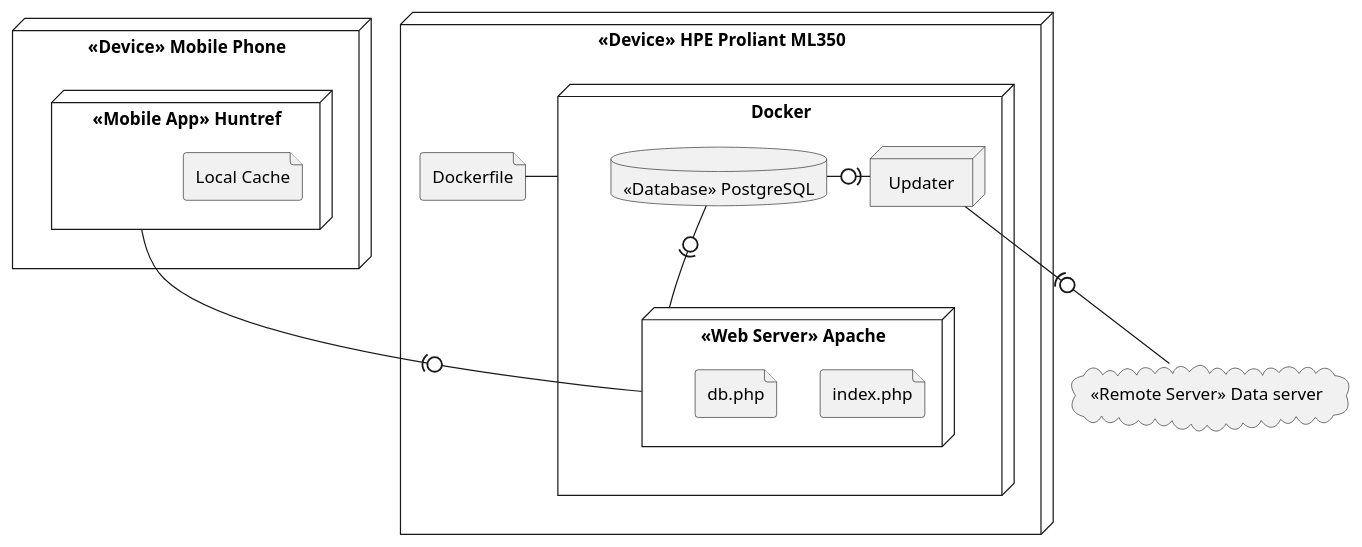
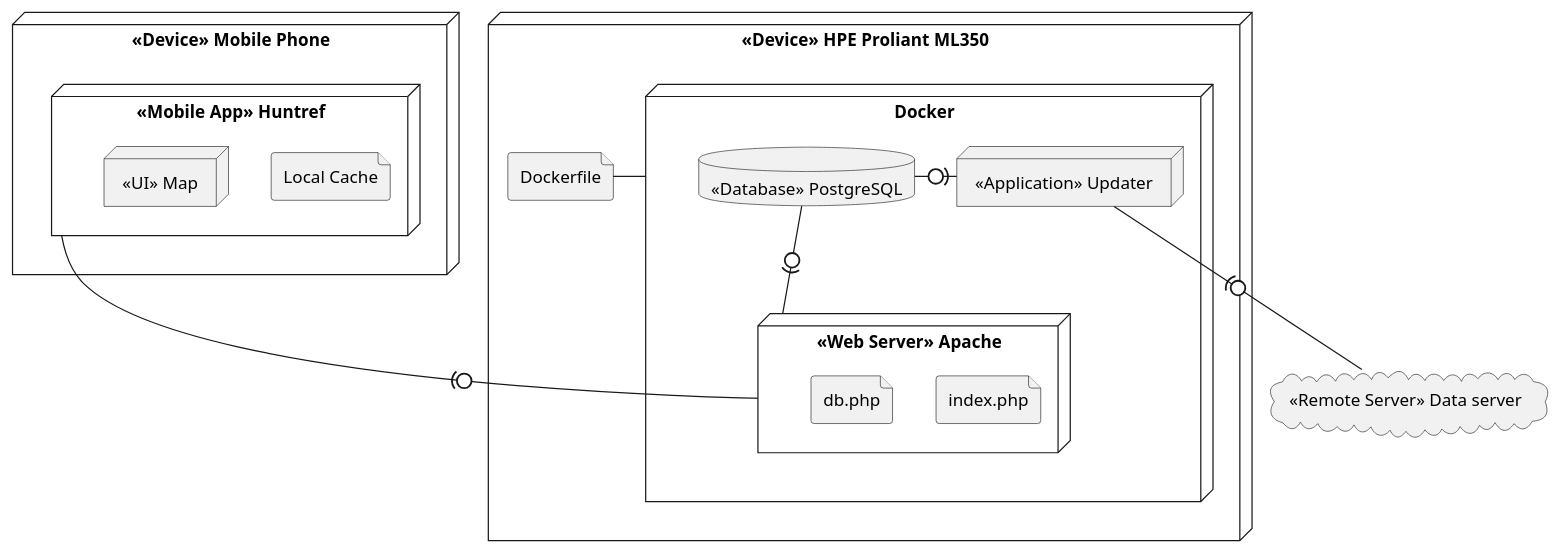
One commit to h0dgep0dge/itsd6.349 changed the diagram in Deployment Diagram.puml. Above: the diagram before and after it, drawn with PlantUML. The commit also changed 3 other files, not shown here.

Commit message:
added activity diagram

```diff
--- a/Deployment Diagram.puml
+++ b/Deployment Diagram.puml
@@ -1,32 +1,31 @@
-@startuml
+@startuml Deployment Diagram
 
 node "<<Device>> HPE Proliant ML350" as server {
-
     node Docker {
         node "<<Web Server>> Apache" as Apache {
             file index.php
             file db.php
         }
-        node Updater
+        node "<<Application>> Updater" as Updater
         database "<<Database>> PostgreSQL" as Postgres
         Updater -ri(0- Postgres
         Postgres -0)- Apache
     }
     file Dockerfile
     Dockerfile - Docker
 }
 
 node "<<Device>> Mobile Phone" as Phone {
     node "<<Mobile App>> Huntref" as Huntref {
         file "Local Cache"
-
+        node "<<UI>> Map"
     }
     Huntref -(0- Apache
 }
 
 cloud "<<Remote Server>> Data server" as Data {
 
 }
 Updater -(0- Data
 
 @enduml
```
